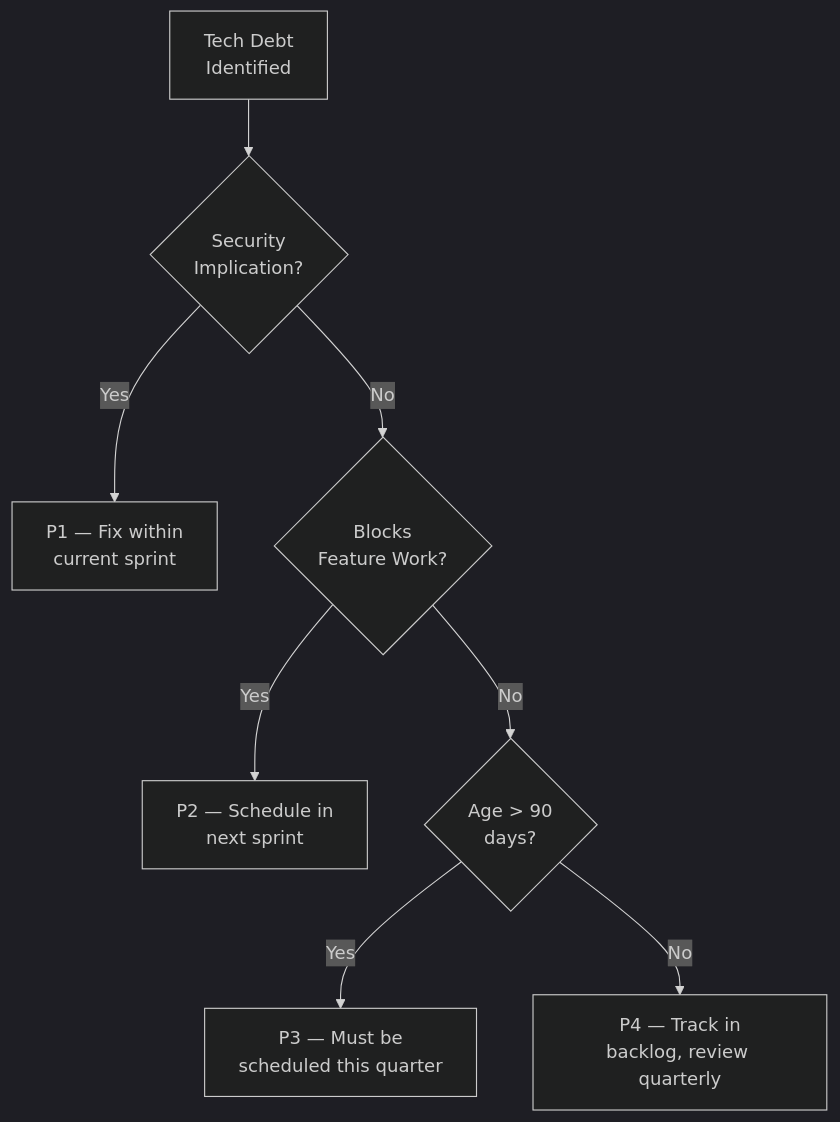
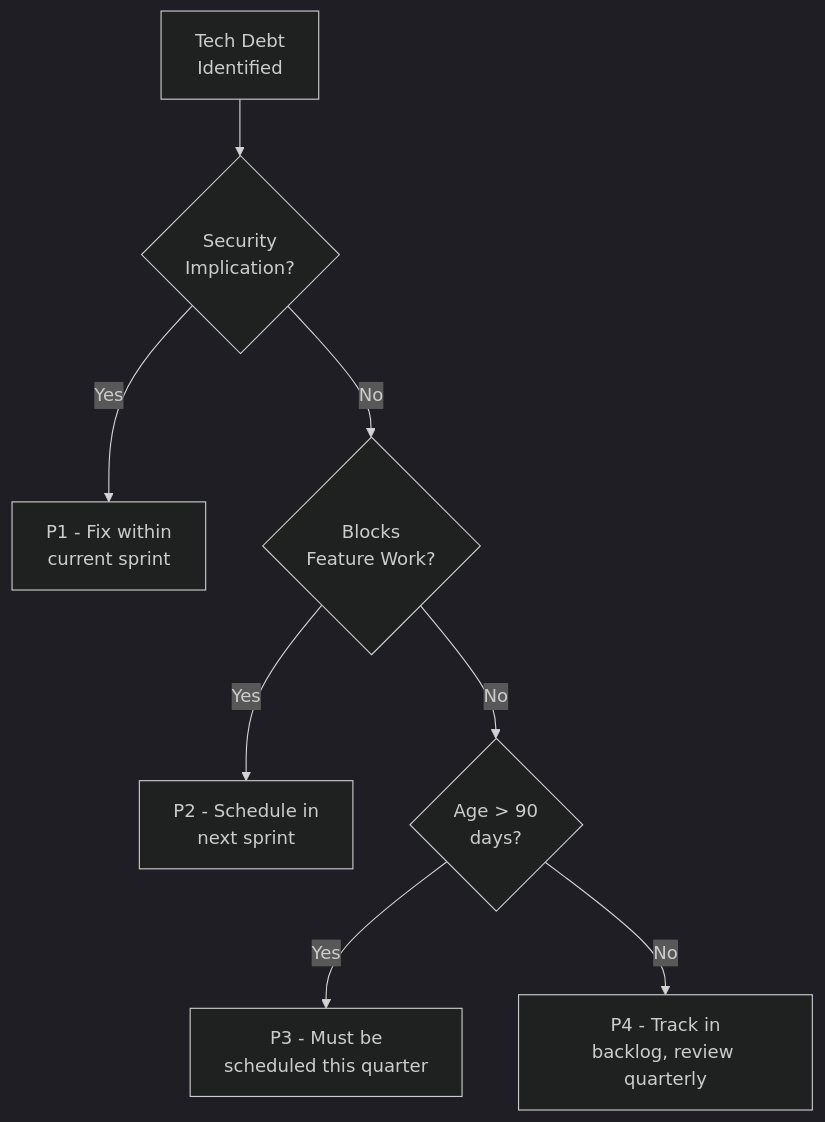
Before and after one commit to rishikeshdhokare/platform-manifesto: the third of 4 diagrams in 08-program/04-engineering-metrics.md, drawn with Mermaid (dark theme). The commit also changed other lines of this file and 16 other files, not shown here.

````diff
--- a/08-program/04-engineering-metrics.md
+++ b/08-program/04-engineering-metrics.md
@@ -174,10 +174,10 @@
 ```mermaid
 flowchart TD
     A["Tech Debt<br/>Identified"] --> B{"Security<br/>Implication?"}
-    B -->|Yes| C["P1 — Fix within<br/>current sprint"]
+    B -->|Yes| C["P1 - Fix within<br/>current sprint"]
     B -->|No| D{"Blocks<br/>Feature Work?"}
-    D -->|Yes| E["P2 — Schedule in<br/>next sprint"]
+    D -->|Yes| E["P2 - Schedule in<br/>next sprint"]
     D -->|No| F{"Age > 90<br/>days?"}
-    F -->|Yes| G["P3 — Must be<br/>scheduled this quarter"]
-    F -->|No| H["P4 — Track in<br/>backlog, review quarterly"]
+    F -->|Yes| G["P3 - Must be<br/>scheduled this quarter"]
+    F -->|No| H["P4 - Track in<br/>backlog, review quarterly"]
 ```
````
